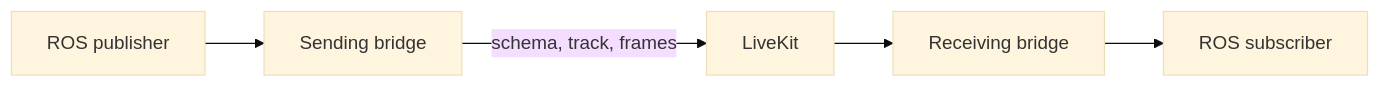
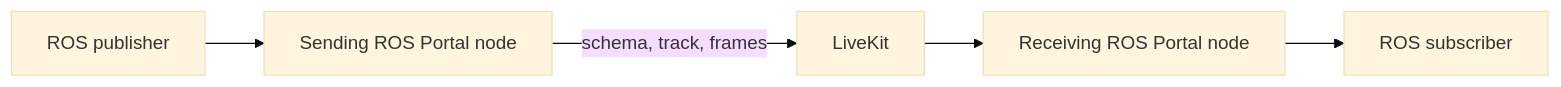
The first of 2 diagrams in docs/design/schema.md (livekit/ros-portal), drawn with Mermaid (base theme) before and after one commit. The commit also changed other lines of this file and 273 other files, not shown here.

Commit message:
ros_portal rename

````diff
--- a/docs/design/schema.md
+++ b/docs/design/schema.md
@@ -49,7 +49,7 @@
 ```mermaid
 flowchart LR
-  A[ROS publisher] --> B[Sending bridge]
+  A[ROS publisher] --> B[Sending ROS Portal node]
   B -->|schema, track, frames| C[LiveKit]
-  C --> D[Receiving bridge]
+  C --> D[Receiving ROS Portal node]
   D --> E[ROS subscriber]
 ```
````
